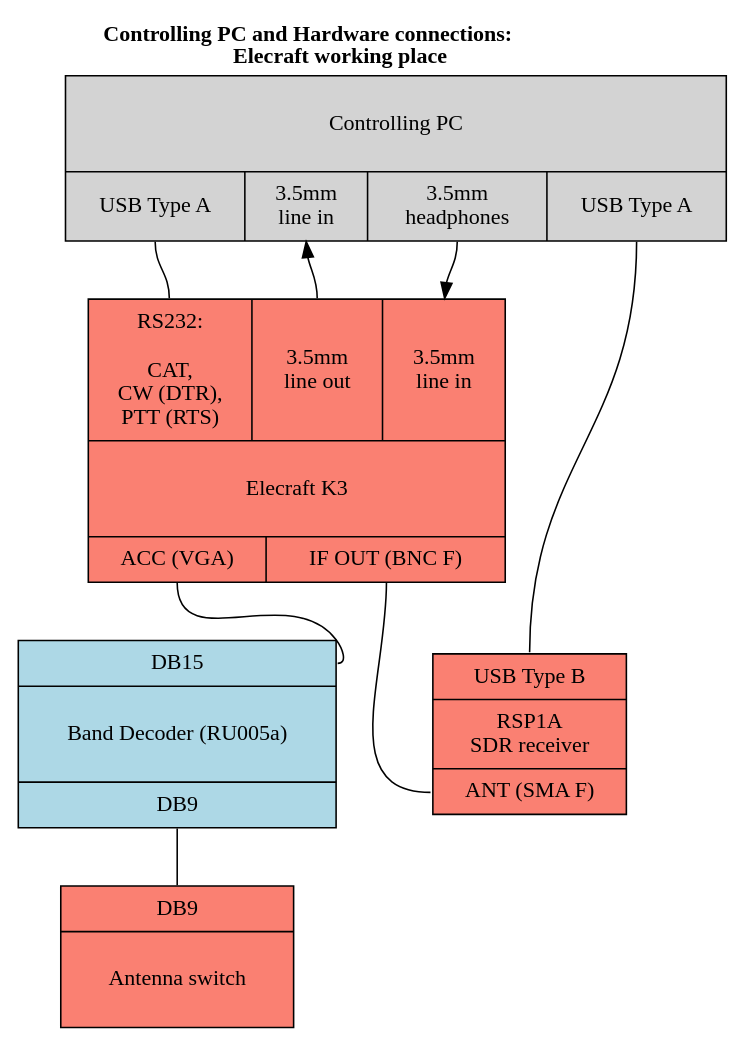
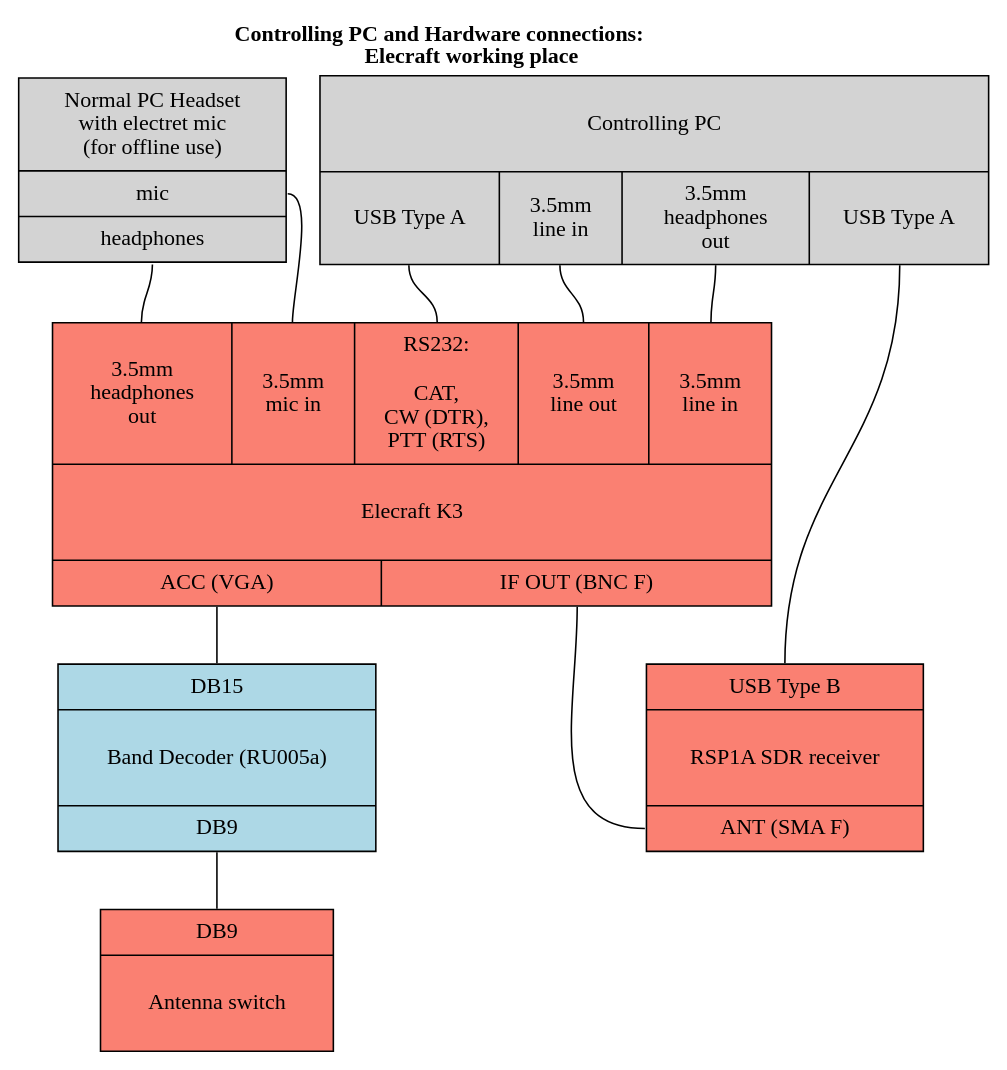
The diagram in rk5d-remote/elecraft/gv/hw.gv (isemichastnov/hamradio), drawn with Graphviz before and after one commit. The commit also changed 36 other files, not shown here.

```diff
--- a/rk5d-remote/elecraft/gv/hw.gv
+++ b/rk5d-remote/elecraft/gv/hw.gv
@@ -1,32 +1,30 @@
 digraph Arch {
-    node [shape = rect, margin = "0.2,0.1"]
-    edge [arrowhead = none]
-    labelloc = top
+node [shape = rect, margin = "0.2,0.1"]
+edge [arrowhead = none]
+labelloc = top
 
-    label = <<b>Controlling PC and Hardware connections: <br/>Elecraft working place</b>>
+label = <<b>Controlling PC and Hardware connections: <br/>Elecraft working place</b>>
 
-    pc [shape = record, style = filled, label = "{ \nControlling PC\n\r | { <usbA>USB Type A | <lineIn>3.5mm\nline in |<earph>3.5mm\nheadphones | <usbA2> USB Type A} }"]
-//    headset [shape = record, label = "{ Normal PC Headset\nwith electret mic | <mic> mic | <earph> headphones }"]
+pc [shape = record, style = filled, label = "{ \nControlling PC\n\r | { <usbA>USB Type A | <lineIn>3.5mm\nline in |<earph>3.5mm\nheadphones \nout | <usbA2> USB Type A} }"]
+headset [shape = record, style = filled, label = "{ Normal PC Headset\nwith electret mic\n(for offline use) | <mic> mic | <earph> headphones }"]
 
-    elecraft [shape = record, style = filled, fillcolor = salmon, label = "{ { <com>RS232:\n\nCAT,\nCW (DTR),\nPTT (RTS) | <lineOut>3.5mm\nline out | <lineIn>3.5mm\nline in } | \nElecraft K3\n\r | {<acc> ACC (VGA) | <ifout> IF OUT (BNC F) } }"];
-    rsp [shape = record, style = filled, fillcolor = salmon, label = "{{<usb>USB Type B} | RSP1A\nSDR receiver | {<ant>ANT (SMA F)}}"]
+elecraft [shape = record, style = filled, fillcolor = salmon, label = "{ { <earphBack> 3.5mm \nheadphones\n out | <micBack> 3.5mm\n mic in | <com>RS232:\n\nCAT,\nCW (DTR),\nPTT (RTS) | <lineOut>3.5mm\nline out | <lineIn>3.5mm\nline in } | \nElecraft K3\n\r | {<acc> ACC (VGA) | <ifout> IF OUT (BNC F) } }"];
+rsp [shape = record, style = filled, fillcolor = salmon, label = "{{<usb>USB Type B} | \nRSP1A SDR receiver\n\n | {<ant>ANT (SMA F)}}"]
 
-    ru005 [shape = record, style = filled, fillcolor = lightblue, label = "{<db15> DB15 | \nBand Decoder (RU005a)\n\r | <db9>DB9 }"]
+ru005 [shape = record, style = filled, fillcolor = lightblue, label = "{<db15> DB15 | \nBand Decoder (RU005a)\n\r | <db9>DB9 }"]
 
-    antennaSwitch [shape = record, style = filled, fillcolor = salmon, label = "{ <db9>DB9 | \n Antenna switch \n\r }"]
+antennaSwitch [shape = record, style = filled, fillcolor = salmon, label = "{ <db9>DB9 | \n Antenna switch \n\r }"]
 
-    ////////// TODO check audio connections
+pc : usbA -> elecraft : com
+pc : usbA2 -> rsp : usb : n
+pc : earph -> elecraft : lineIn
+elecraft : lineOut -> pc : lineIn
+elecraft : acc -> ru005 : db15 : n
+elecraft : ifout : s -> rsp : ant : w
 
-    pc: usbA -> elecraft: com
-    pc: usbA2 -> rsp: usb
-    pc: earph -> elecraft: lineIn [arrowhead = normal]
-    elecraft: lineOut -> pc: lineIn [arrowhead = normal]
-    elecraft: acc -> ru005: db15
-    elecraft: ifout:s -> rsp:ant
+headset : mic : e -> elecraft : micBack
+headset : earph : s -> elecraft : earphBack
 
-//    headset: mic -> elecraft: micBack [arrowhead = normal]
-//    headset: earph -> elecraft: earphBack [arrowhead = normal, dir = back]
-
-    ru005: db9 -> antennaSwitch: db9
+ru005 : db9 -> antennaSwitch : db9
 
 }
```
